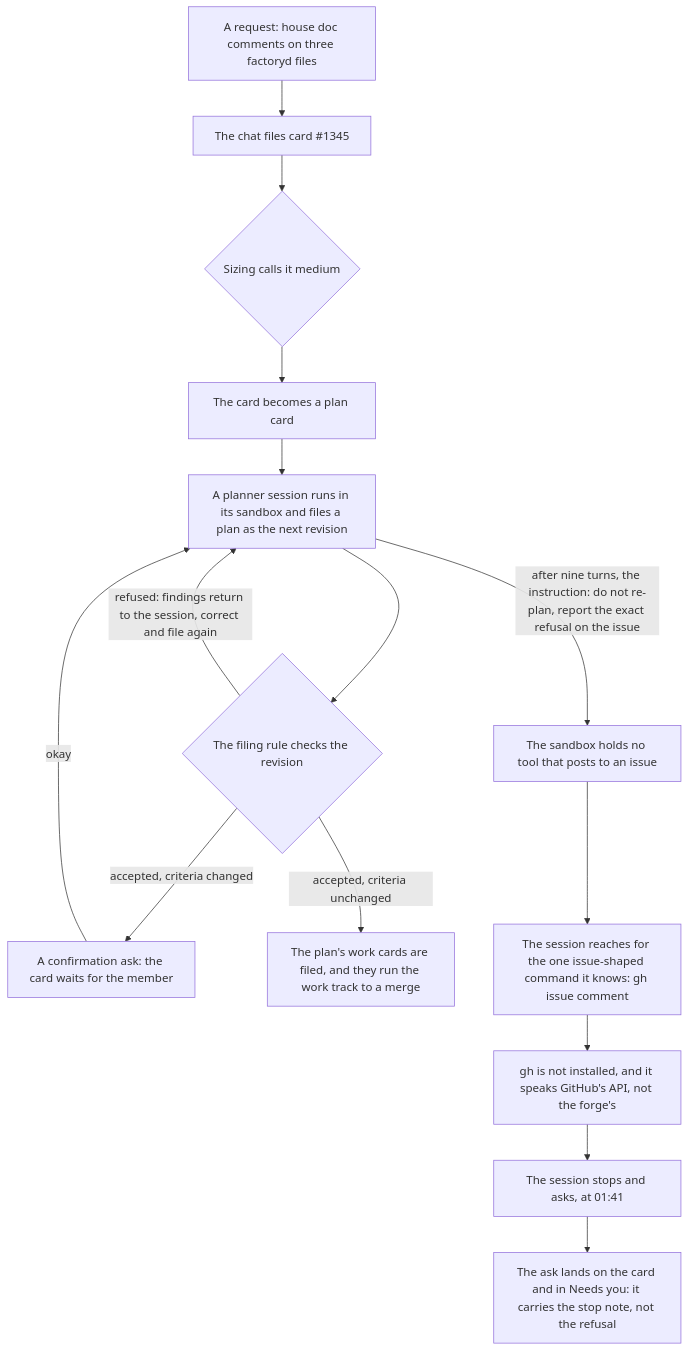
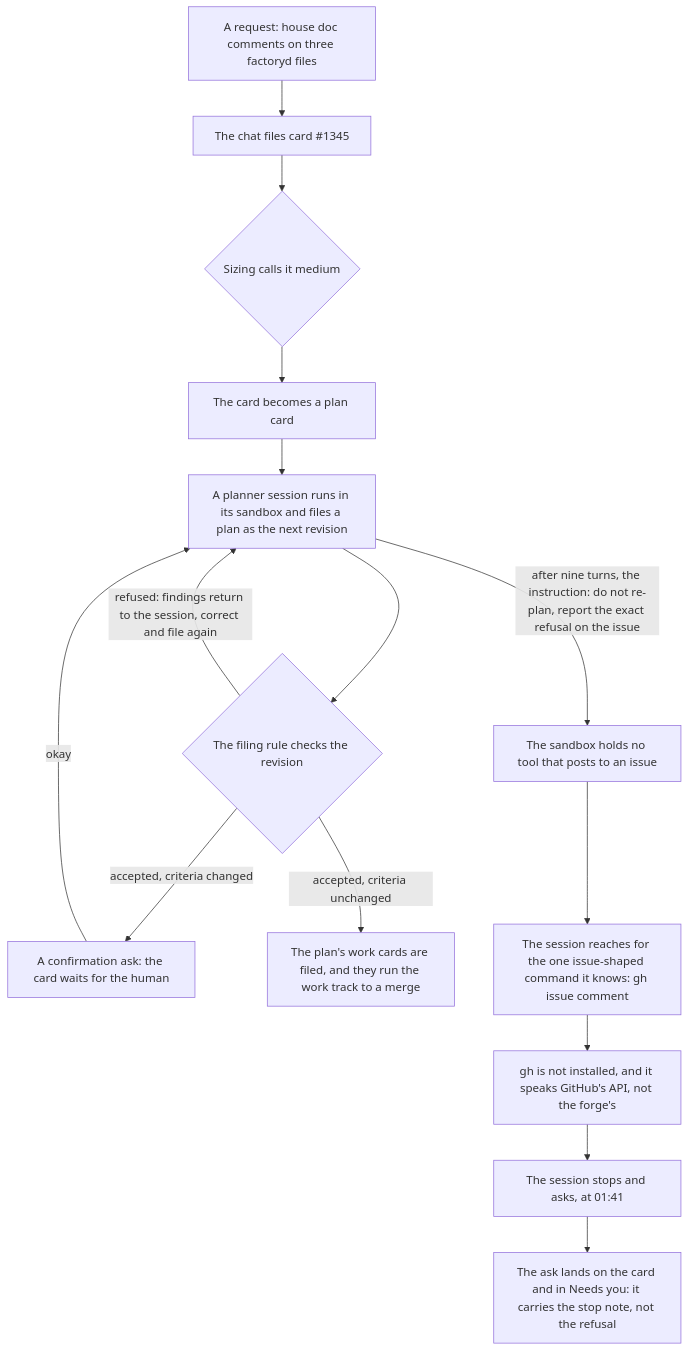
One commit to sebastianrueckerai/ai-software-factory changed the diagram in docs/agent-reporting-concept-2026-10-31.md. Above: the diagram before and after it, drawn with Mermaid. The commit also changed other lines of this file and 2 other files, not shown here.

Commit message:
docs: humans are called human, not member

````diff
--- a/docs/agent-reporting-concept-2026-10-31.md
+++ b/docs/agent-reporting-concept-2026-10-31.md
@@ -21,17 +21,17 @@
 ```mermaid
 flowchart TD
     request["A request: house doc comments on three factoryd files"] --> filed["The chat files card #1345"]
     filed --> sizing{"Sizing calls it medium"}
     sizing --> plan["The card becomes a plan card"]
     plan --> planner["A planner session runs in its sandbox and files a plan as the next revision"]
     planner --> rule{"The filing rule checks the revision"}
     rule -->|"refused: findings return to the session, correct and file again"| planner
-    rule -->|"accepted, criteria changed"| confirm["A confirmation ask: the card waits for the member"]
+    rule -->|"accepted, criteria changed"| confirm["A confirmation ask: the card waits for the human"]
     confirm -->|"okay"| planner
     rule -->|"accepted, criteria unchanged"| cards["The plan's work cards are filed, and they run the work track to a merge"]
     planner -->|"after nine turns, the instruction: do not re-plan, report the exact refusal on the issue"| nopath["The sandbox holds no tool that posts to an issue"]
     nopath --> gh["The session reaches for the one issue-shaped command it knows: gh issue comment"]
     gh --> deadend["gh is not installed, and it speaks GitHub's API, not the forge's"]
     deadend --> stop["The session stops and asks, at 01:41"]
     stop --> ask["The ask lands on the card and in Needs you: it carries the stop note, not the refusal"]
 ```
````
